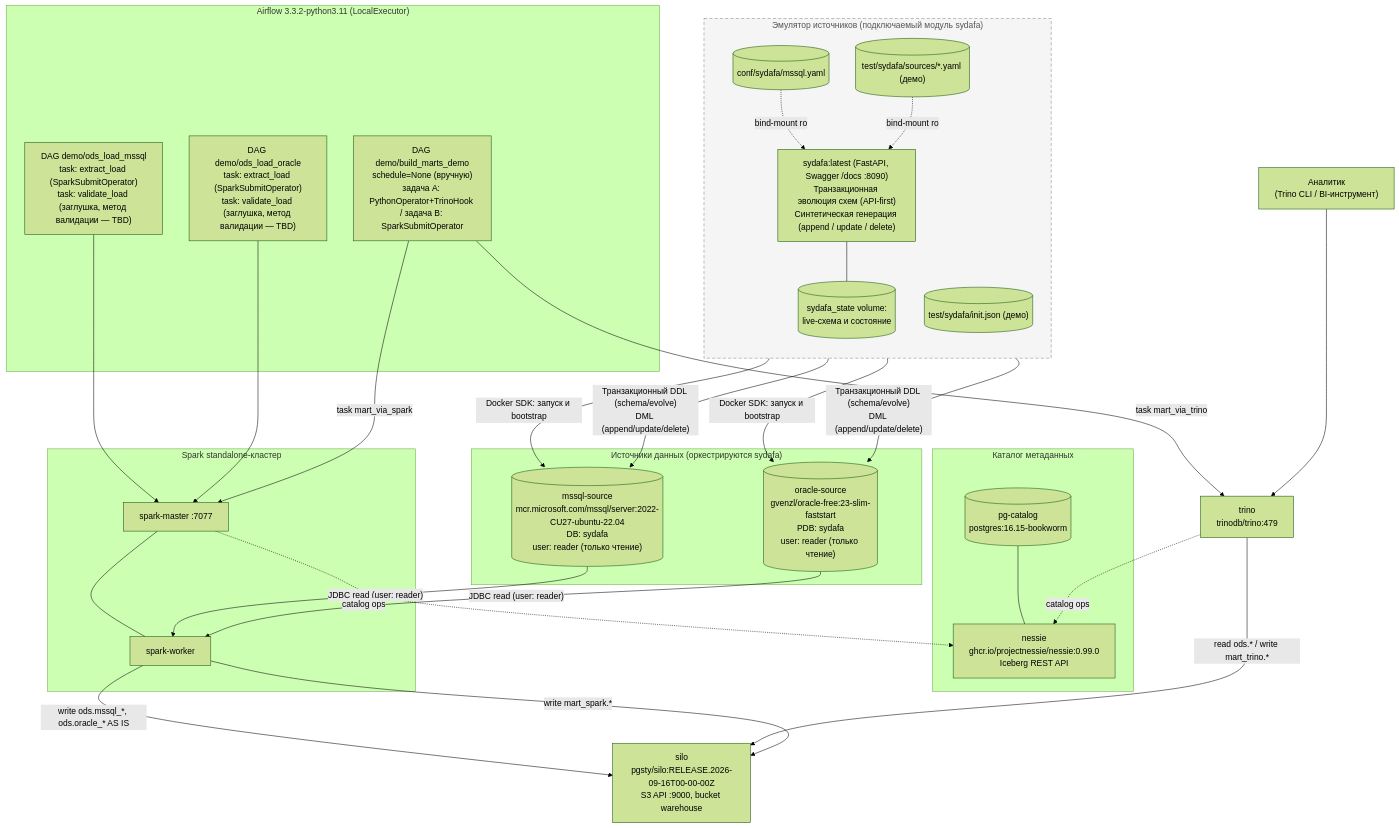
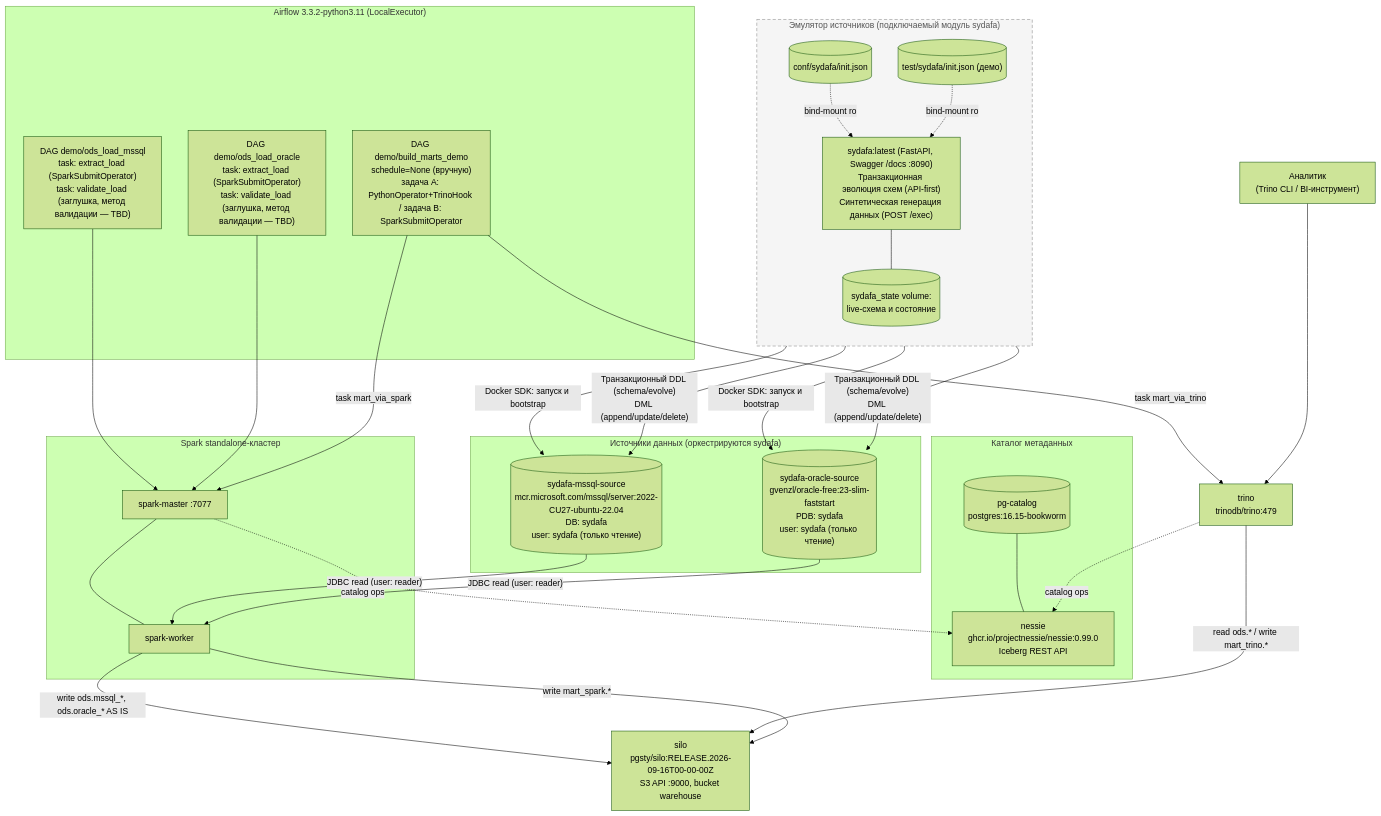
The diagram in README.md (georgekochergin/datalake_stand), drawn with Mermaid (forest theme) before and after one commit. The commit also changed other lines of this file and 12 other files, not shown here.

Commit message:
feat: switch to init.json, isolated parallel test runner, sydafa reader credentials

````diff
--- a/README.md
+++ b/README.md
@@ -26,65 +26,64 @@
 ```mermaid
 flowchart TB
     ANALYST["Аналитик\n(Trino CLI / BI-инструмент)"]
 
     subgraph Sources["Источники данных (оркестрируются sydafa)"]
-        MSSQL[("mssql-source\nmcr.microsoft.com/mssql/server:2022-CU27-ubuntu-22.04\nDB: sydafa\nuser: reader (только чтение)")]
-        ORA[("oracle-source\ngvenzl/oracle-free:23-slim-faststart\nPDB: sydafa\nuser: reader (только чтение)")]
+        MSSQL[("sydafa-mssql-source\nmcr.microsoft.com/mssql/server:2022-CU27-ubuntu-22.04\nDB: sydafa\nuser: sydafa (только чтение)")]
+        ORA[("sydafa-oracle-source\ngvenzl/oracle-free:23-slim-faststart\nPDB: sydafa\nuser: sydafa (только чтение)")]
     end
 
     subgraph SydafaService["Эмулятор источников (подключаемый модуль sydafa)"]
         direction TB
-        CFG1[("conf/sydafa/mssql.yaml")]
-        CFG2[("test/sydafa/sources/*.yaml (демо)")]
-        INIT[("test/sydafa/init.json (демо)")]
-        API["sydafa:latest (FastAPI, Swagger /docs :8090)\nТранзакционная эволюция схем (API-first)\nСинтетическая генерация (append / update / delete)"]
+        CFG1[("conf/sydafa/init.json")]
+        CFG2[("test/sydafa/init.json (демо)")]
+        API["sydafa:latest (FastAPI, Swagger /docs :8090)\nТранзакционная эволюция схем (API-first)\nСинтетическая генерация данных (POST /exec)"]
         STATE[("sydafa_state volume:\nlive-схема и состояние")]
         CFG1 -. "bind-mount ro" .-> API
         CFG2 -. "bind-mount ro" .-> API
         API --- STATE
     end
 
     subgraph Catalog["Каталог метаданных"]
         PGC[("pg-catalog\npostgres:16.15-bookworm")]
         NESSIE["nessie\nghcr.io/projectnessie/nessie:0.99.0\nIceberg REST API"]
         PGC --- NESSIE
     end
 
     SILO["silo\npgsty/silo:RELEASE.2026-09-16T00-00-00Z\nS3 API :9000, bucket warehouse"]
 
     subgraph SparkCluster["Spark standalone-кластер"]
         SM["spark-master :7077"]
         SW["spark-worker"]
         SM --- SW
     end
 
     TRINO["trino\ntrinodb/trino:479"]
 
     subgraph Orchestration["Airflow 3.3.2-python3.11 (LocalExecutor)"]
         D1["DAG demo/ods_load_mssql\ntask: extract_load (SparkSubmitOperator)\ntask: validate_load (заглушка, метод валидации — TBD)"]
         D2["DAG demo/ods_load_oracle\ntask: extract_load (SparkSubmitOperator)\ntask: validate_load (заглушка, метод валидации — TBD)"]
         D3["DAG demo/build_marts_demo\nschedule=None (вручную)\nзадача A: PythonOperator+TrinoHook / задача B: SparkSubmitOperator"]
     end
 
     API -- "Docker SDK: запуск и bootstrap" --> MSSQL
     API -- "Docker SDK: запуск и bootstrap" --> ORA
     API -- "Транзакционный DDL (schema/evolve)\nDML (append/update/delete)" --> MSSQL
     API -- "Транзакционный DDL (schema/evolve)\nDML (append/update/delete)" --> ORA
 
     D1 --> SM
     D2 --> SM
     MSSQL -- "JDBC read (user: reader)" --> SW
     ORA -- "JDBC read (user: reader)" --> SW
     SW -- "write ods.mssql_*, ods.oracle_* AS IS" --> SILO
     SM -. "catalog ops" .-> NESSIE
 
     D3 -- "task mart_via_trino" --> TRINO
     D3 -- "task mart_via_spark" --> SM
     TRINO -. "catalog ops" .-> NESSIE
     TRINO -- "read ods.* / write mart_trino.*" --> SILO
     SW -- "write mart_spark.*" --> SILO
 
     ANALYST --> TRINO
 
     style SydafaService stroke-dasharray: 6 4,stroke:#888,fill:#f5f5f5,color:#555
 ```
````
